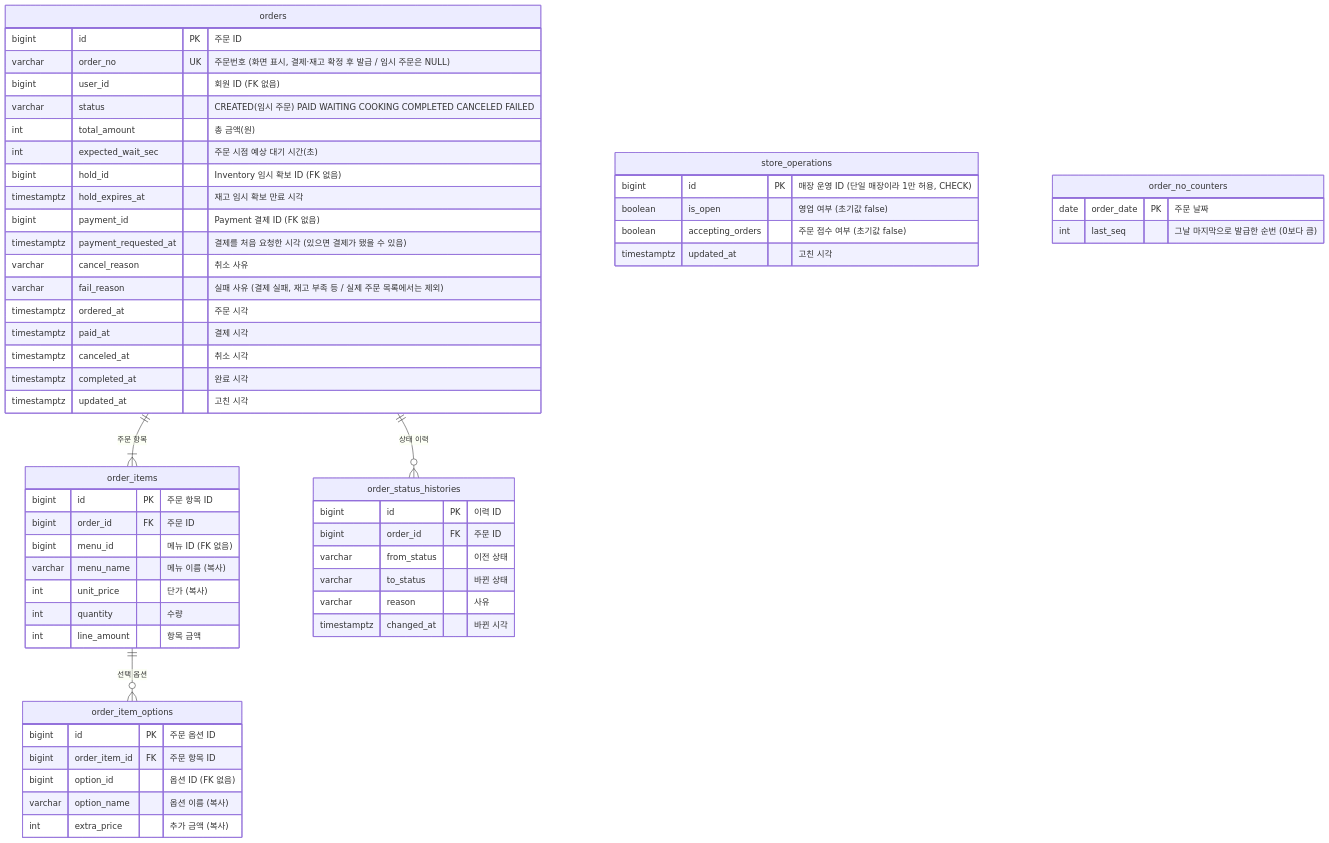
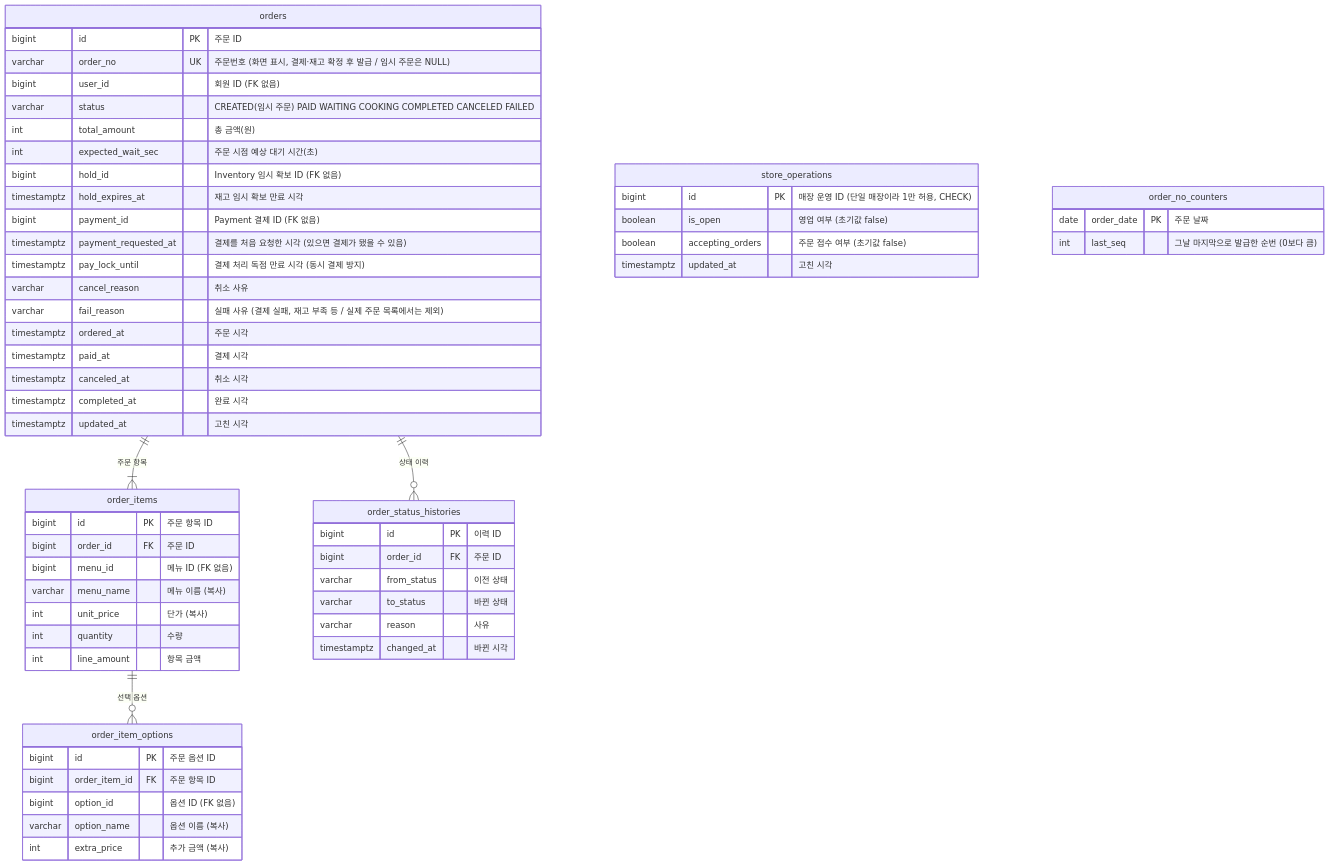
Before and after one commit to ktcloud-cloudnative-2026/team02-5xx: the fourth of 9 diagrams in docs/erd/notion-draft.md, drawn with Mermaid. The commit also changed other lines of this file and 1 other file, not shown here.

Commit message:
docs: 같은 주문 동시 결제 처리 독점(pay_lock_until)과 ORDER_PAY_IN_PROGRESS 반영 (#97)

````diff
--- a/docs/erd/notion-draft.md
+++ b/docs/erd/notion-draft.md
@@ -193,65 +193,66 @@
 ```mermaid
 erDiagram
     orders ||--|{ order_items : "주문 항목"
     order_items ||--o{ order_item_options : "선택 옵션"
     orders ||--o{ order_status_histories : "상태 이력"
 
     orders {
         bigint id PK "주문 ID"
         varchar order_no UK "주문번호 (화면 표시, 결제·재고 확정 후 발급 / 임시 주문은 NULL)"
         bigint user_id "회원 ID (FK 없음)"
         varchar status "CREATED(임시 주문) PAID WAITING COOKING COMPLETED CANCELED FAILED"
         int total_amount "총 금액(원)"
         int expected_wait_sec "주문 시점 예상 대기 시간(초)"
         bigint hold_id "Inventory 임시 확보 ID (FK 없음)"
         timestamptz hold_expires_at "재고 임시 확보 만료 시각"
         bigint payment_id "Payment 결제 ID (FK 없음)"
         timestamptz payment_requested_at "결제를 처음 요청한 시각 (있으면 결제가 됐을 수 있음)"
+        timestamptz pay_lock_until "결제 처리 독점 만료 시각 (동시 결제 방지)"
         varchar cancel_reason "취소 사유"
         varchar fail_reason "실패 사유 (결제 실패, 재고 부족 등 / 실제 주문 목록에서는 제외)"
         timestamptz ordered_at "주문 시각"
         timestamptz paid_at "결제 시각"
         timestamptz canceled_at "취소 시각"
         timestamptz completed_at "완료 시각"
         timestamptz updated_at "고친 시각"
     }
 
     order_items {
         bigint id PK "주문 항목 ID"
         bigint order_id FK "주문 ID"
         bigint menu_id "메뉴 ID (FK 없음)"
         varchar menu_name "메뉴 이름 (복사)"
         int unit_price "단가 (복사)"
         int quantity "수량"
         int line_amount "항목 금액"
     }
 
     order_item_options {
         bigint id PK "주문 옵션 ID"
         bigint order_item_id FK "주문 항목 ID"
         bigint option_id "옵션 ID (FK 없음)"
         varchar option_name "옵션 이름 (복사)"
         int extra_price "추가 금액 (복사)"
     }
 
     order_status_histories {
         bigint id PK "이력 ID"
         bigint order_id FK "주문 ID"
         varchar from_status "이전 상태"
         varchar to_status "바뀐 상태"
         varchar reason "사유"
         timestamptz changed_at "바뀐 시각"
     }
 
     store_operations {
         bigint id PK "매장 운영 ID (단일 매장이라 1만 허용, CHECK)"
         boolean is_open "영업 여부 (초기값 false)"
         boolean accepting_orders "주문 접수 여부 (초기값 false)"
         timestamptz updated_at "고친 시각"
     }
 
     order_no_counters {
         date order_date PK "주문 날짜"
         int last_seq "그날 마지막으로 발급한 순번 (0보다 큼)"
     }
 ```
````
